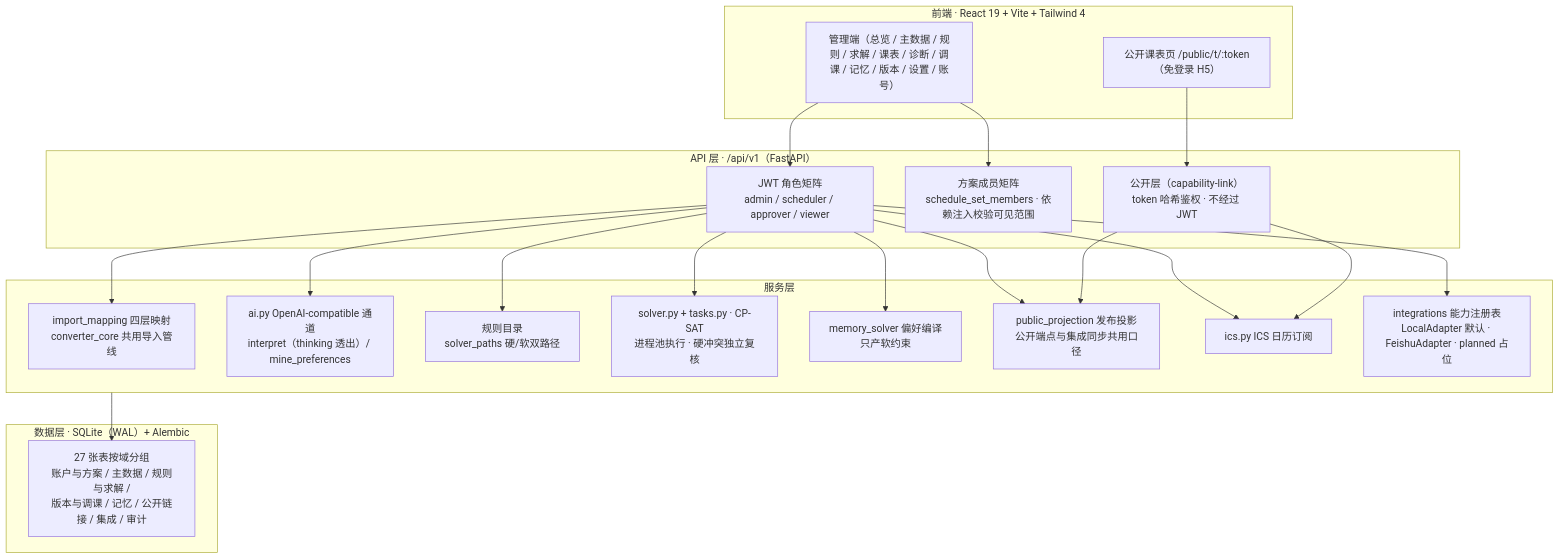
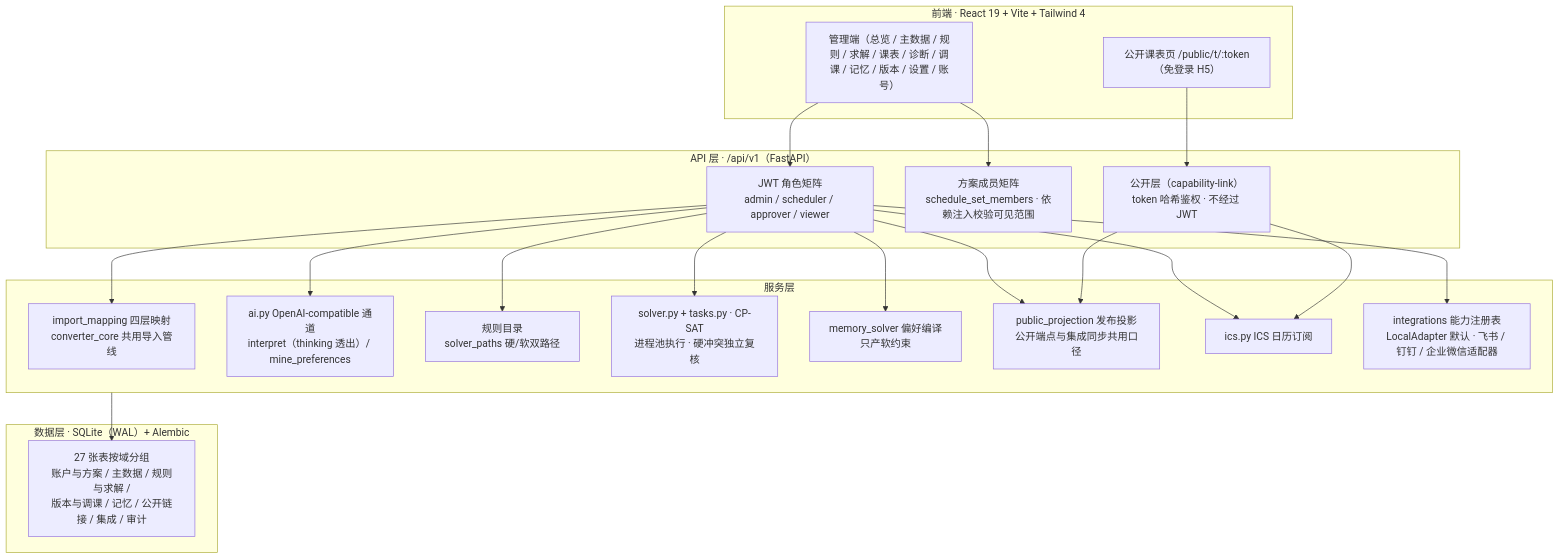
Before and after one commit to xunchahaha/tupai-zhice: the first of 2 diagrams in ARCHITECTURE.md, drawn with Mermaid. The commit also changed other lines of this file and 5 other files, not shown here.

First line of the commit message:
feat(print): poster-print styles for timetable pages; clear roadmap planned section (OSS-C)

````diff
--- a/ARCHITECTURE.md
+++ b/ARCHITECTURE.md
@@ -24,43 +24,43 @@
 ```mermaid
 flowchart TB
     subgraph FE["前端 · React 19 + Vite + Tailwind 4"]
         ADMIN["管理端（总览 / 主数据 / 规则 / 求解 / 课表 / 诊断 / 调课 / 记忆 / 版本 / 设置 / 账号）"]
         PUBLIC["公开课表页 /public/t/:token（免登录 H5）"]
     end
 
     subgraph API["API 层 · /api/v1（FastAPI）"]
         JWT["JWT 角色矩阵<br/>admin / scheduler / approver / viewer"]
         MEMBER["方案成员矩阵<br/>schedule_set_members · 依赖注入校验可见范围"]
         LINKS["公开层（capability-link）<br/>token 哈希鉴权 · 不经过 JWT"]
     end
 
     subgraph SVC["服务层"]
         IMPORT["import_mapping 四层映射<br/>converter_core 共用导入管线"]
         AI["ai.py OpenAI-compatible 通道<br/>interpret（thinking 透出）/ mine_preferences"]
         CATALOG["规则目录<br/>solver_paths 硬/软双路径"]
         SOLVER["solver.py + tasks.py · CP-SAT<br/>进程池执行 · 硬冲突独立复核"]
         MEM["memory_solver 偏好编译<br/>只产软约束"]
         PROJ["public_projection 发布投影<br/>公开端点与集成同步共用口径"]
         ICS["ics.py ICS 日历订阅"]
-        INTEG["integrations 能力注册表<br/>LocalAdapter 默认 · FeishuAdapter · planned 占位"]
+        INTEG["integrations 能力注册表<br/>LocalAdapter 默认 · 飞书 / 钉钉 / 企业微信适配器"]
     end
 
     subgraph DATA["数据层 · SQLite（WAL）+ Alembic"]
         TABLES["27 张表按域分组<br/>账户与方案 / 主数据 / 规则与求解 /<br/>版本与调课 / 记忆 / 公开链接 / 集成 / 审计"]
     end
 
     ADMIN --> JWT
     ADMIN --> MEMBER
     PUBLIC --> LINKS
     JWT --> IMPORT
     JWT --> AI
     JWT --> CATALOG
     JWT --> SOLVER
     JWT --> MEM
     JWT --> PROJ
     JWT --> ICS
     JWT --> INTEG
     LINKS --> PROJ
     LINKS --> ICS
     SVC --> TABLES
 ```
````
